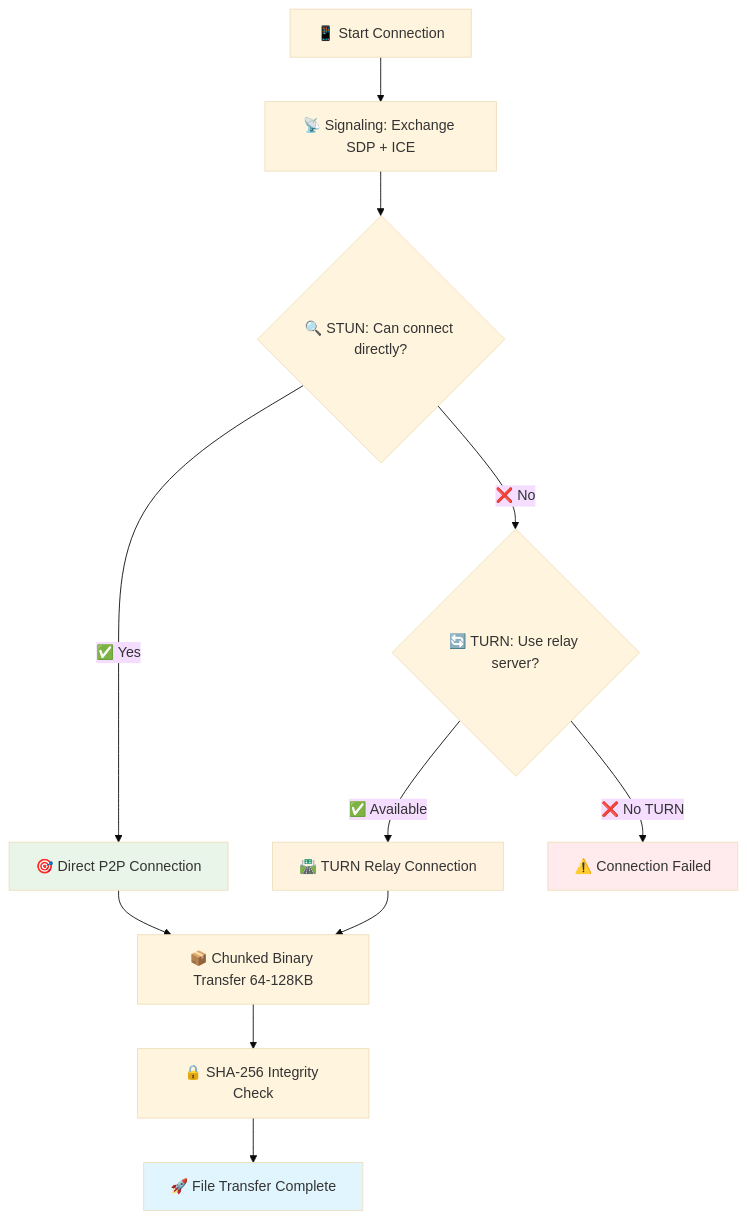
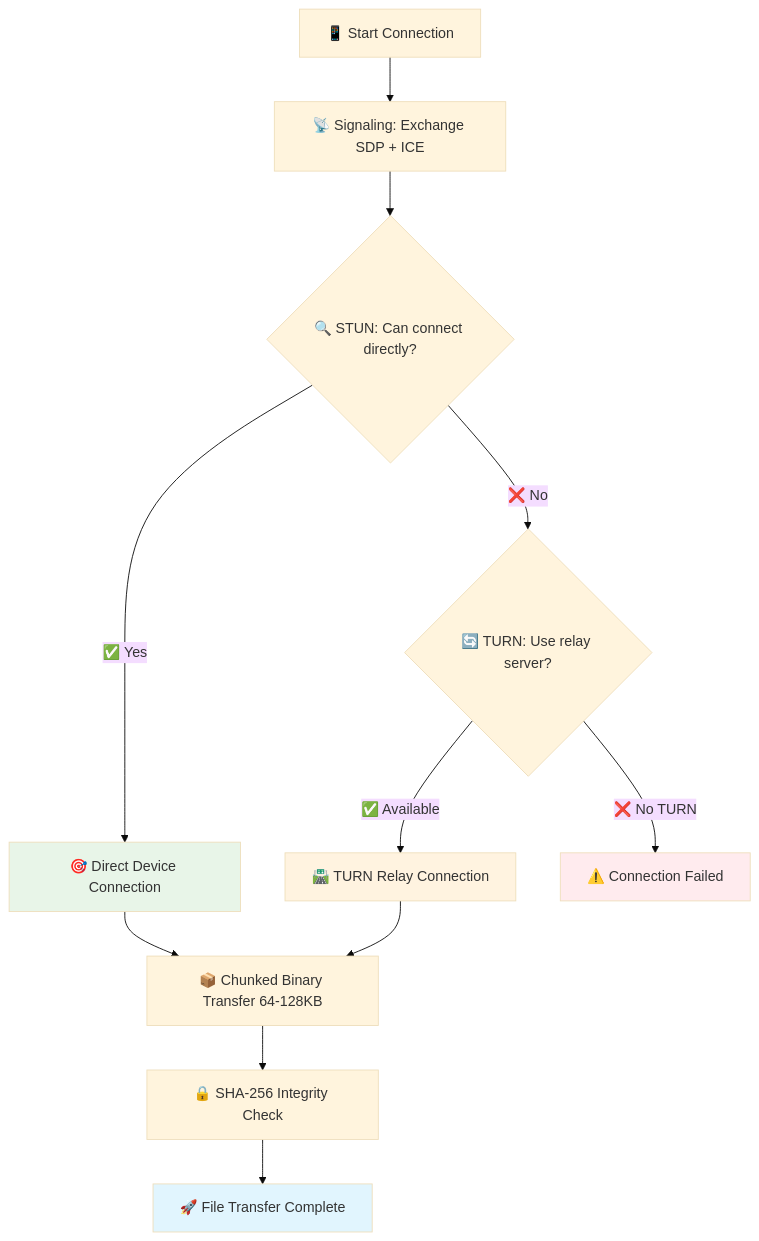
One commit to shubhampardule/transmitflow changed the second of 2 diagrams in README.md. Above: the diagram before and after it, drawn with Mermaid (base theme). The commit also changed other lines of this file and 23 other files, not shown here.

````diff
--- a/README.md
+++ b/README.md
@@ -127,19 +127,19 @@
 ```mermaid
 graph TD
     A[📱 Start Connection] --> B[📡 Signaling: Exchange SDP + ICE]
     B --> C{🔍 STUN: Can connect directly?}
-    C -->|✅ Yes| D[🎯 Direct P2P Connection]
+    C -->|✅ Yes| D[🎯 Direct Device Connection]
     C -->|❌ No| E{🔄 TURN: Use relay server?}
     E -->|✅ Available| F[🛣️ TURN Relay Connection]
     E -->|❌ No TURN| G[⚠️ Connection Failed]
     
     D --> H[📦 Chunked Binary Transfer 64-128KB]
     F --> H
     H --> I[🔒 SHA-256 Integrity Check]
     I --> J[🚀 File Transfer Complete]
     
     style D fill:#e8f5e8
     style F fill:#fff3e0
     style J fill:#e1f5fe
     style G fill:#ffebee
 ```
````
